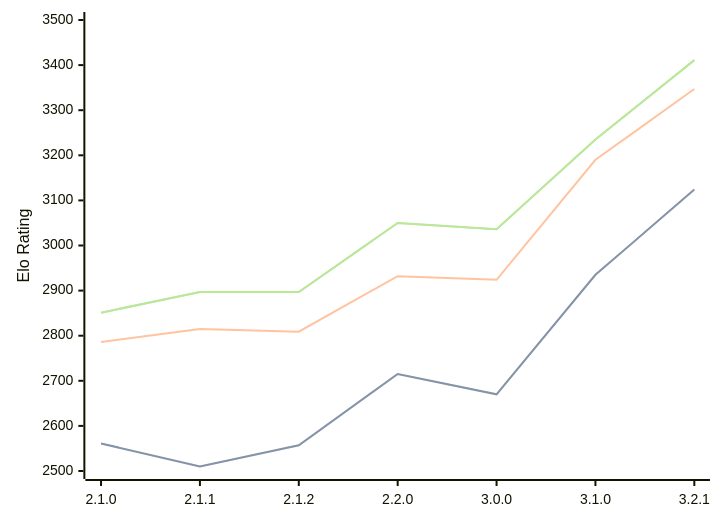
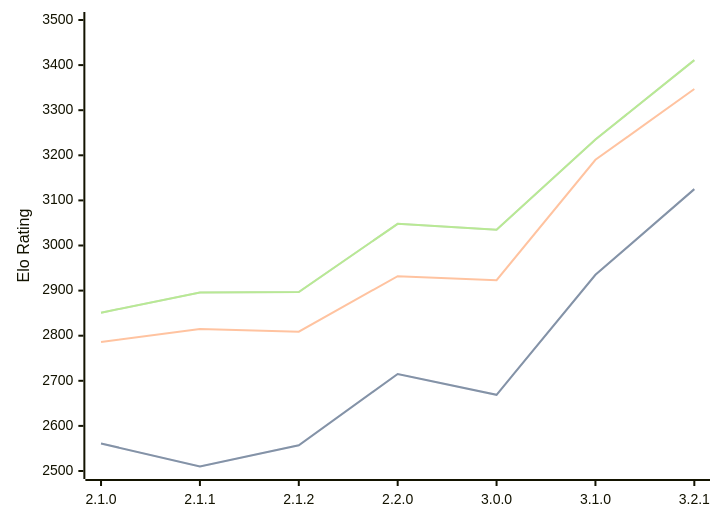
Before and after one commit to computer-chess-index/cci: the diagram in engines/Prune.md, drawn with Mermaid. The commit also changed other lines of this file, not shown here.

Commit message:
Update CCI Ratings (ELO VLTC) - 2026-04-07

````diff
--- a/engines/Prune.md
+++ b/engines/Prune.md
@@ -42,11 +42,11 @@
 ```mermaid
 %%{init: {"theme":"base","themeVariables":{"seriesColors:['#a3a3a3','#222221','#faa371']}}}%%
 xychart-beta
   x-axis ["2.1.0", "2.1.1", "2.1.2", "2.2.0", "3.0.0", "3.1.0", "3.2.1"]
   y-axis "Elo Rating" 2500 --> 3500
-  line "STC (8.0+0.08s)" [2561, 2510, 2557, 2715, 2670, 2935, 3124]
-  line "STC (8.0+0.08s)" [2561, 2510, 2557, 2715, 2670, 2935, 3124]
-  line "LTC (60.0+0.60s)" [2786, 2815, 2809, 2932, 2924, 3190, 3347]
-  line "VLTC (2m24s+1.12s)" [2851, 2897, 2897, 3050, 3036, 3235, 3411]
-  line "VLTC (2m24s+1.12s)" [2851, 2897, 2897, 3050, 3036, 3235, 3411]
+  line "STC (8.0+0.08s)" [2561, 2510, 2557, 2715, 2669, 2935, 3125]
+  line "STC (8.0+0.08s)" [2561, 2510, 2557, 2715, 2669, 2935, 3125]
+  line "LTC (60.0+0.60s)" [2786, 2815, 2809, 2932, 2923, 3190, 3347]
+  line "VLTC (2m24s+1.12s)" [2851, 2896, 2897, 3048, 3035, 3235, 3411]
+  line "VLTC (2m24s+1.12s)" [2851, 2896, 2897, 3048, 3035, 3235, 3411]
 ```
````
